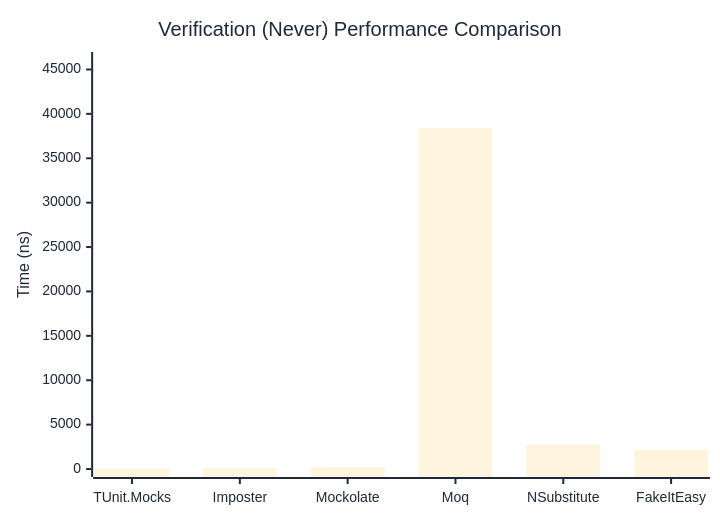
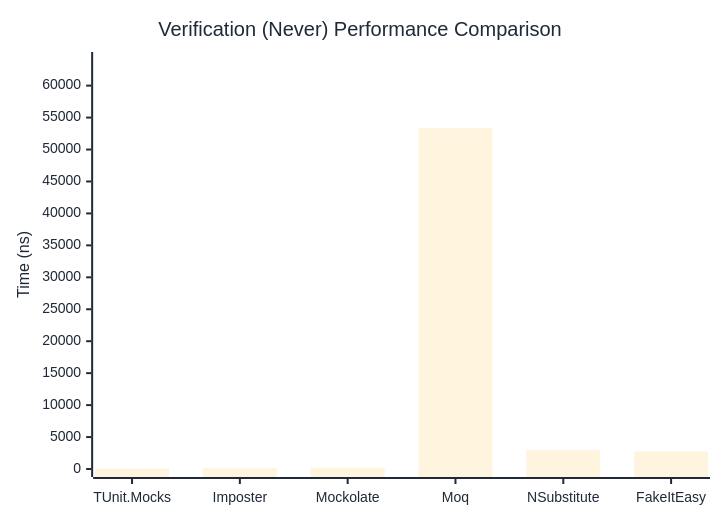
The second of 3 diagrams in docs/docs/benchmarks/mocks/Verification.md (thomhurst/TUnit), drawn with Mermaid before and after one commit. The commit also changed other lines of this file and 14 other files, not shown here.

````diff
--- a/docs/docs/benchmarks/mocks/Verification.md
+++ b/docs/docs/benchmarks/mocks/Verification.md
@@ -71,27 +71,27 @@
 ```mermaid
 %%{init: {
   'theme':'base',
   'themeVariables': {
     'primaryColor': '#2563eb',
     'primaryTextColor': '#1f2937',
     'primaryBorderColor': '#1e40af',
     'lineColor': '#6b7280',
     'secondaryColor': '#7c3aed',
     'tertiaryColor': '#dc2626',
     'background': '#ffffff',
     'pie1': '#2563eb',
     'pie2': '#7c3aed',
     'pie3': '#dc2626',
     'pie4': '#f59e0b',
     'pie5': '#10b981',
     'pie6': '#06b6d4',
     'pie7': '#ec4899',
     'pie8': '#6366f1'
   }
 }}%%
 xychart-beta
   title "Verification (Never) Performance Comparison"
   x-axis ["TUnit.Mocks", "Imposter", "Mockolate", "Moq", "NSubstitute", "FakeItEasy"]
-  y-axis "Time (ns)" 0 --> 46067
-  bar [46.95, 121.97, 205.11, 38388.62, 2693.79, 2155.51]
+  y-axis "Time (ns)" 0 --> 64011
+  bar [42.84, 112.29, 186.2, 53342.43, 2991.24, 2750.62]
 ```
````
